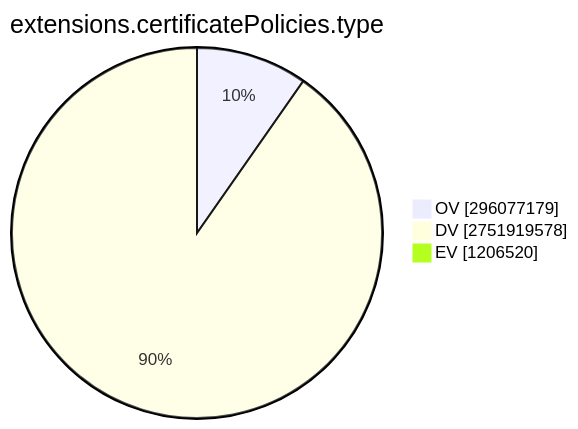
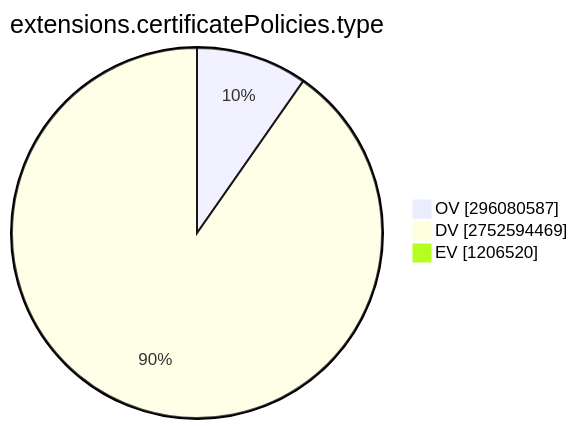
One commit to christiankrug/ctmonitor_visualization changed the ninth of 15 diagrams in TOTAL/README.md. Above: the diagram before and after it, drawn with Mermaid. The commit also changed other lines of this file, not shown here.

````diff
--- a/TOTAL/README.md
+++ b/TOTAL/README.md
@@ -3099,7 +3099,7 @@
 ```mermaid
 pie showData
 title extensions.certificatePolicies.type
-"OV" :296077179
-"DV" :2751919578
+"OV" :296080587
+"DV" :2752594469
 "EV" :1206520
 ```
````
